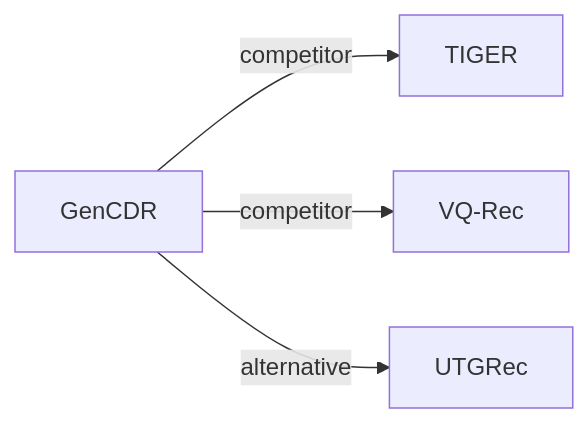
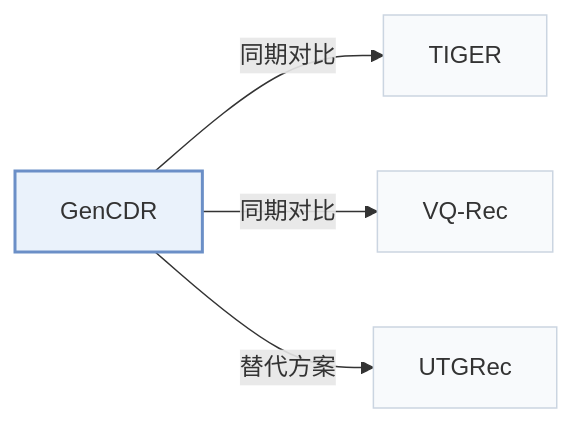
One commit to Galaxy-ghost/Awesome-SID-Generative-Rec changed the third of 3 diagrams in pages/zh/papers/gencdr.md. Above: the diagram before and after it, drawn with Mermaid. The commit also changed other lines of this file and 649 other files, not shown here.

Commit message:
writer-05: also tags and modality index (schema, check, build, visuals); summary field removed; calibration data for 12 papers

````diff
--- a/pages/zh/papers/gencdr.md
+++ b/pages/zh/papers/gencdr.md
@@ -128,7 +144,11 @@
 ```mermaid
 flowchart LR
     P["GenCDR"]
-    P -->|competitor| A["TIGER"]
-    P -->|competitor| B["VQ-Rec"]
-    P -->|alternative| C["UTGRec"]
+    P -->|"同期对比"| A["TIGER"]
+    P -->|"同期对比"| B["VQ-Rec"]
+    P -->|"替代方案"| C["UTGRec"]
+    classDef main fill:#eaf2fb,stroke:#6b8fc7,stroke-width:2px
+    classDef peer fill:#f8fafc,stroke:#cbd5e1
+    class P main
+    class A,B,C peer
 ```
````
